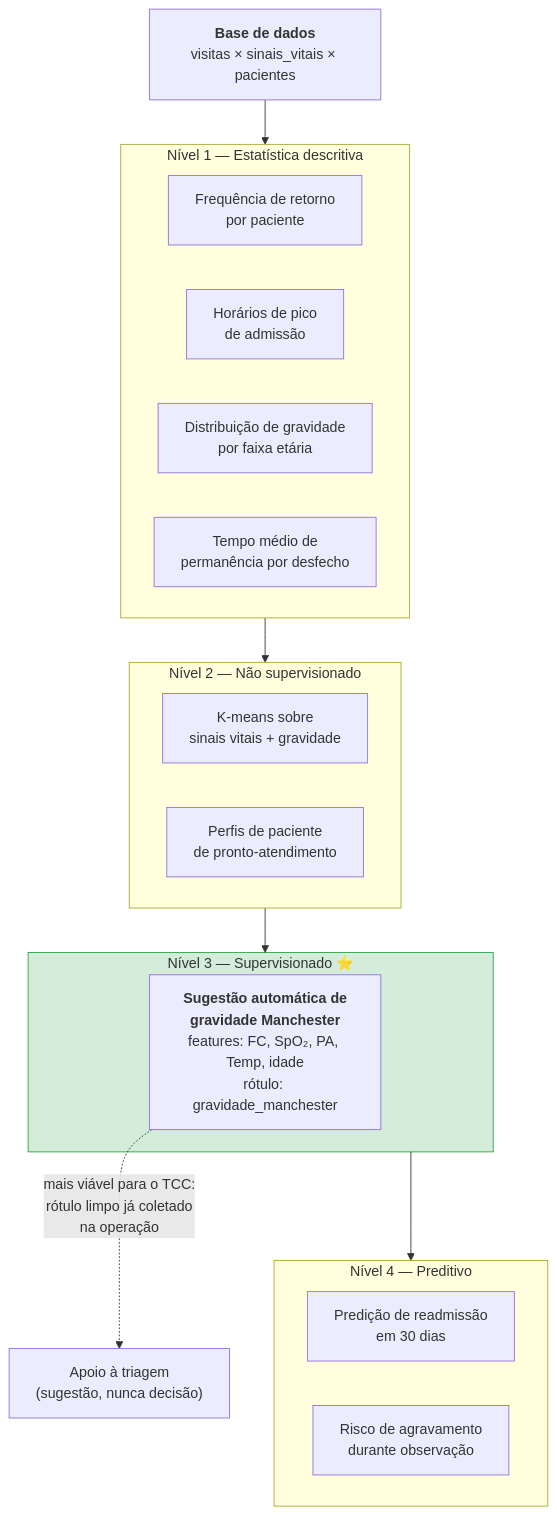
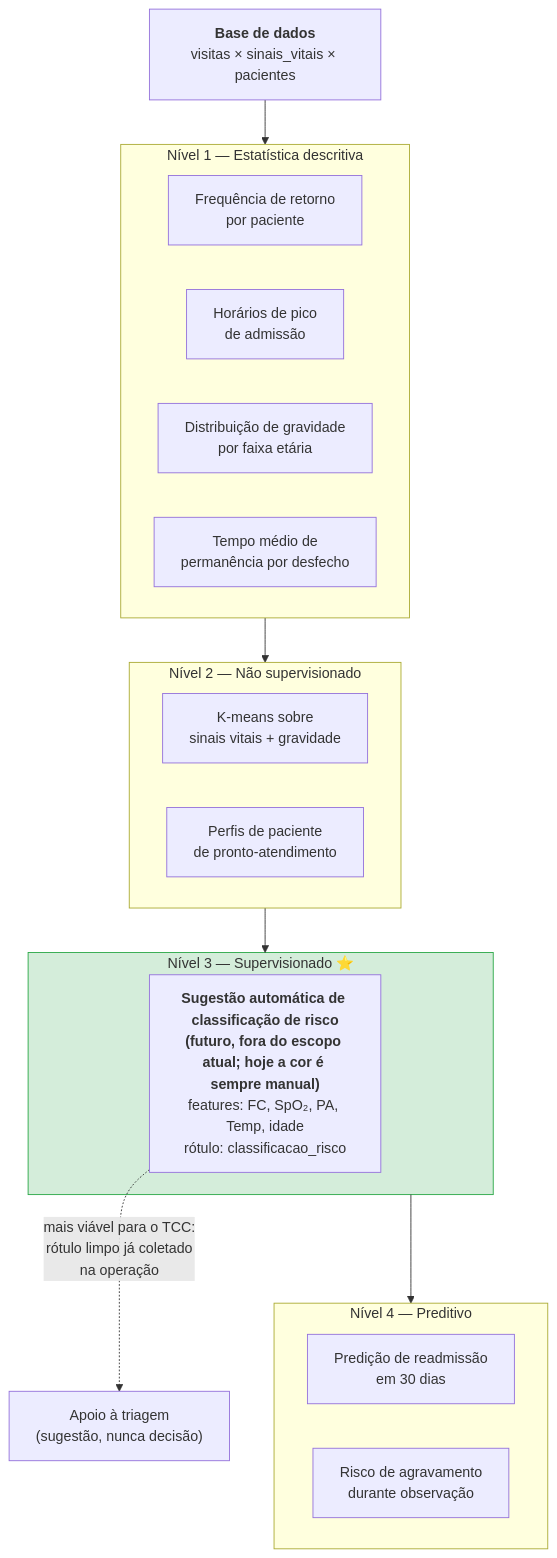
Before and after one commit to MikaelDiogo/HealthHub_Mono: diagram 31 of 31 in DOCUMENTO_ENGENHARIA_SOFTWARE.md, drawn with Mermaid. The commit also changed other lines of this file and 63 other files, not shown here.

First line of the commit message:
refactor: migra a esteira de Manchester para classificação de risco (cores manuais, sem tempos-alvo)

````diff
--- a/DOCUMENTO_ENGENHARIA_SOFTWARE.md
+++ b/DOCUMENTO_ENGENHARIA_SOFTWARE.md
@@ -1934,31 +1928,31 @@
 ```mermaid
 flowchart TB
     DS["<b>Base de dados</b><br/>visitas × sinais_vitais × pacientes"]
 
     subgraph N1["Nível 1 — Estatística descritiva"]
         E1["Frequência de retorno<br/>por paciente"]
         E2["Horários de pico<br/>de admissão"]
         E3["Distribuição de gravidade<br/>por faixa etária"]
         E4["Tempo médio de<br/>permanência por desfecho"]
     end
 
     subgraph N2["Nível 2 — Não supervisionado"]
         C1["K-means sobre<br/>sinais vitais + gravidade"]
         C2["Perfis de paciente<br/>de pronto-atendimento"]
     end
 
     subgraph N3["Nível 3 — Supervisionado ⭐"]
-        S1["<b>Sugestão automática de<br/>gravidade Manchester</b><br/>features: FC, SpO₂, PA, Temp, idade<br/>rótulo: gravidade_manchester"]
+        S1["<b>Sugestão automática de classificação de risco<br/>(futuro, fora do escopo atual; hoje a cor é sempre manual)</b><br/>features: FC, SpO₂, PA, Temp, idade<br/>rótulo: classificacao_risco"]
     end
 
     subgraph N4["Nível 4 — Preditivo"]
         P1["Predição de readmissão<br/>em 30 dias"]
         P2["Risco de agravamento<br/>durante observação"]
     end
 
     DS --> N1 --> N2 --> N3 --> N4
 
     S1 -.->|"mais viável para o TCC:<br/>rótulo limpo já coletado<br/>na operação"| OUT["Apoio à triagem<br/>(sugestão, nunca decisão)"]
 
     style N3 fill:#d4edda,stroke:#28a745
 ```
````
